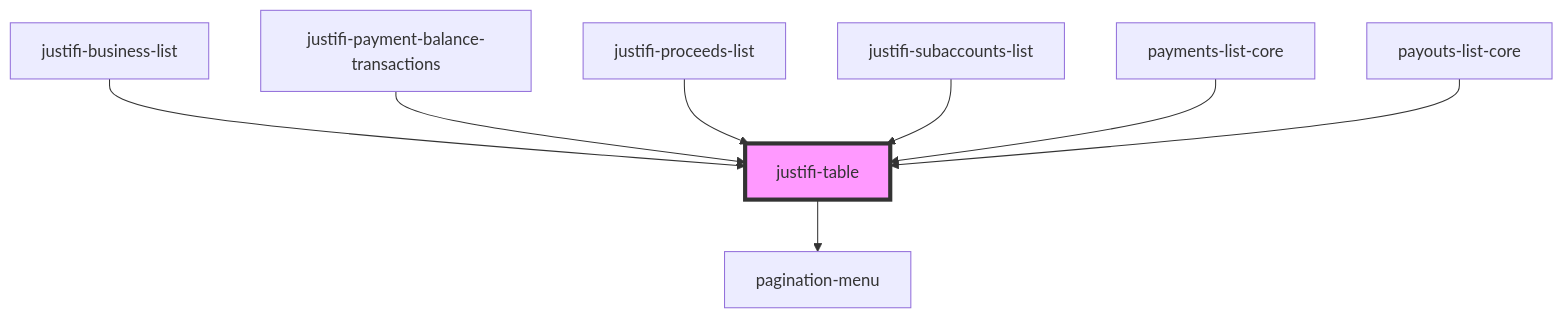
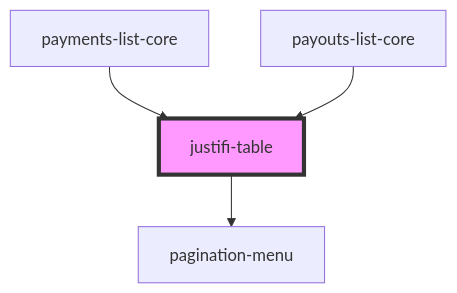
Before and after one commit to justifi-tech/web-component-library: the diagram in packages/webcomponents/src/components/table/readme.md, drawn with Mermaid. The commit also changed other lines of this file and 1 other file, not shown here.

Commit message:
update affected readmes

````diff
--- a/packages/webcomponents/src/components/table/readme.md
+++ b/packages/webcomponents/src/components/table/readme.md
@@ -50,11 +46,7 @@
 ```mermaid
 graph TD;
   justifi-table --> pagination-menu
-  justifi-business-list --> justifi-table
-  justifi-payment-balance-transactions --> justifi-table
-  justifi-proceeds-list --> justifi-table
-  justifi-subaccounts-list --> justifi-table
   payments-list-core --> justifi-table
   payouts-list-core --> justifi-table
   style justifi-table fill:#f9f,stroke:#333,stroke-width:4px
 ```
````
